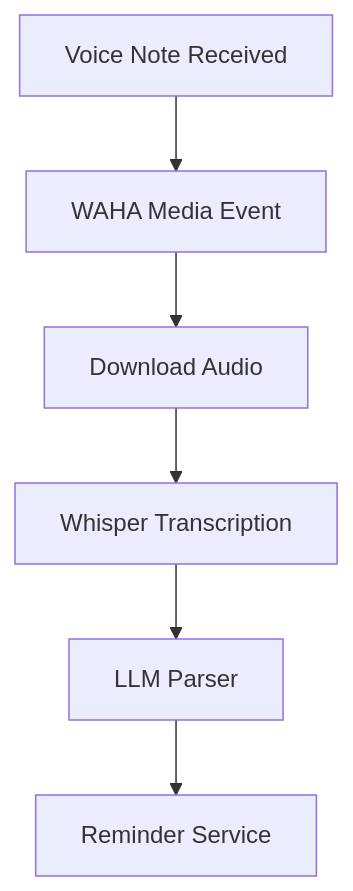
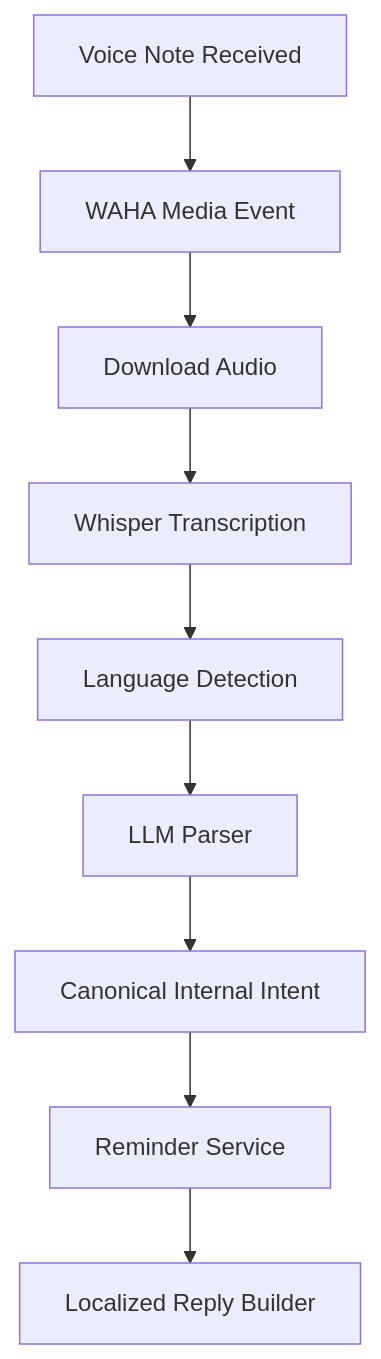
Before and after one commit to nazhifsetya27/Nemoris: the sixth of 7 diagrams in docs/architecture.md, drawn with Mermaid. The commit also changed other lines of this file and 26 other files, not shown here.

````diff
--- a/docs/architecture.md
+++ b/docs/architecture.md
@@ -249,13 +300,19 @@
 ```mermaid
 flowchart TD
 
 A[Voice Note Received] --> B[WAHA Media Event]
 
 B --> C[Download Audio]
 
 C --> D[Whisper Transcription]
 
-D --> E[LLM Parser]
+D --> E[Language Detection]
 
-E --> F[Reminder Service]
+E --> F[LLM Parser]
+
+F --> G[Canonical Internal Intent]
+
+G --> H[Reminder Service]
+
+H --> I[Localized Reply Builder]
 ```
````
